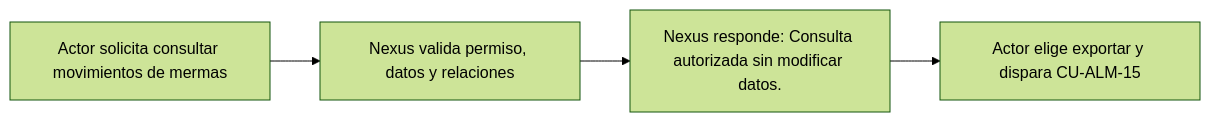
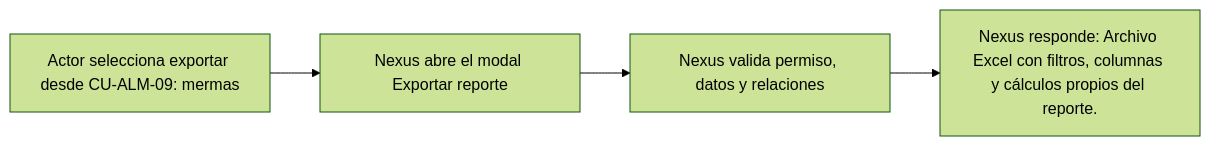
The diagram in docs/requirements/diagrams/catalogs/cu-alm-14.md (gpgsistemas01/nexus), drawn with Mermaid (forest theme) before and after one commit. The commit also changed other lines of this file and 51 other files, not shown here.

````diff
--- a/docs/requirements/diagrams/catalogs/cu-alm-14.md
+++ b/docs/requirements/diagrams/catalogs/cu-alm-14.md
@@ -3,7 +3,7 @@
 ```mermaid
 flowchart LR
-    accTitle: CU-ALM-14 — Consultar movimientos de mermas
-    request["Actor solicita consultar movimientos de mermas"] --> validate["Nexus valida permiso, datos y relaciones"]
-    validate --> result["Nexus responde: Consulta autorizada sin modificar datos."]
-    result --> report["Actor elige exportar y dispara CU-ALM-15"]
+    accTitle: CU-ALM-14 — Generar reporte de mermas
+    request["Actor selecciona exportar desde CU-ALM-09: mermas"] --> modal["Nexus abre el modal Exportar reporte"]
+    modal --> validate["Nexus valida permiso, datos y relaciones"]
+    validate --> result["Nexus responde: Archivo Excel con filtros, columnas y cálculos propios del reporte."]
 ```
````
